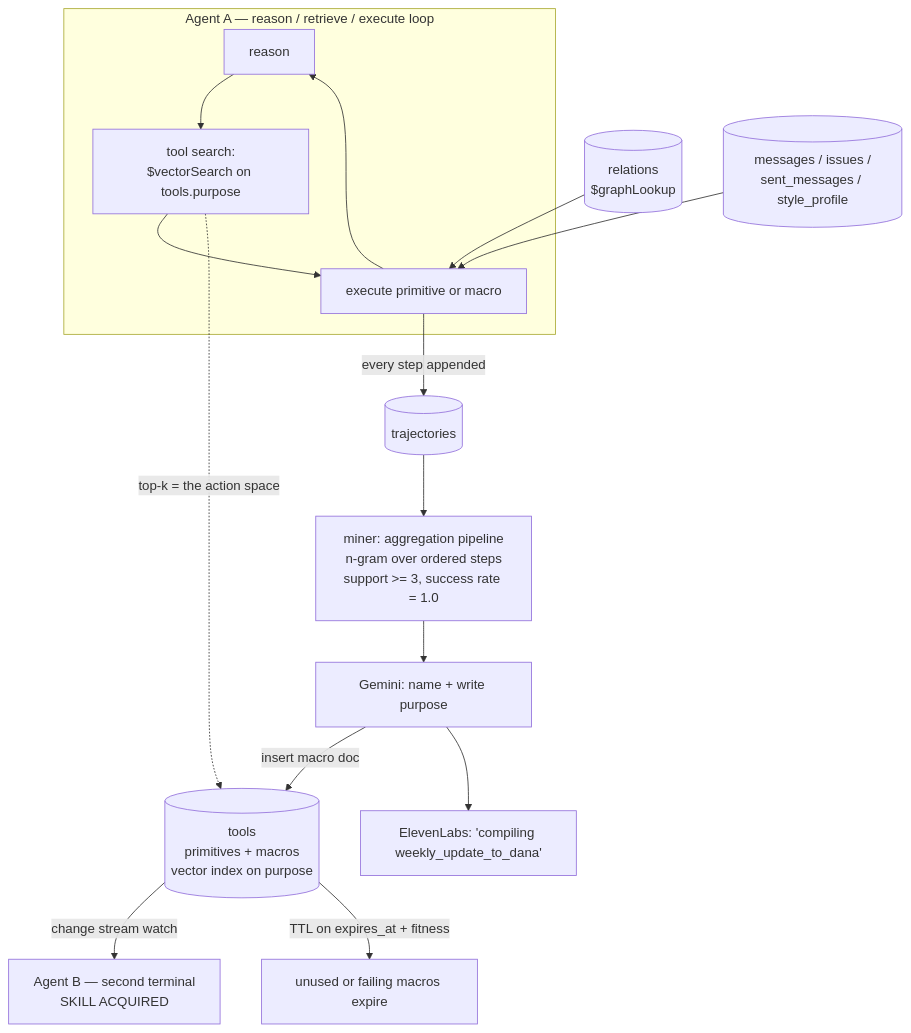
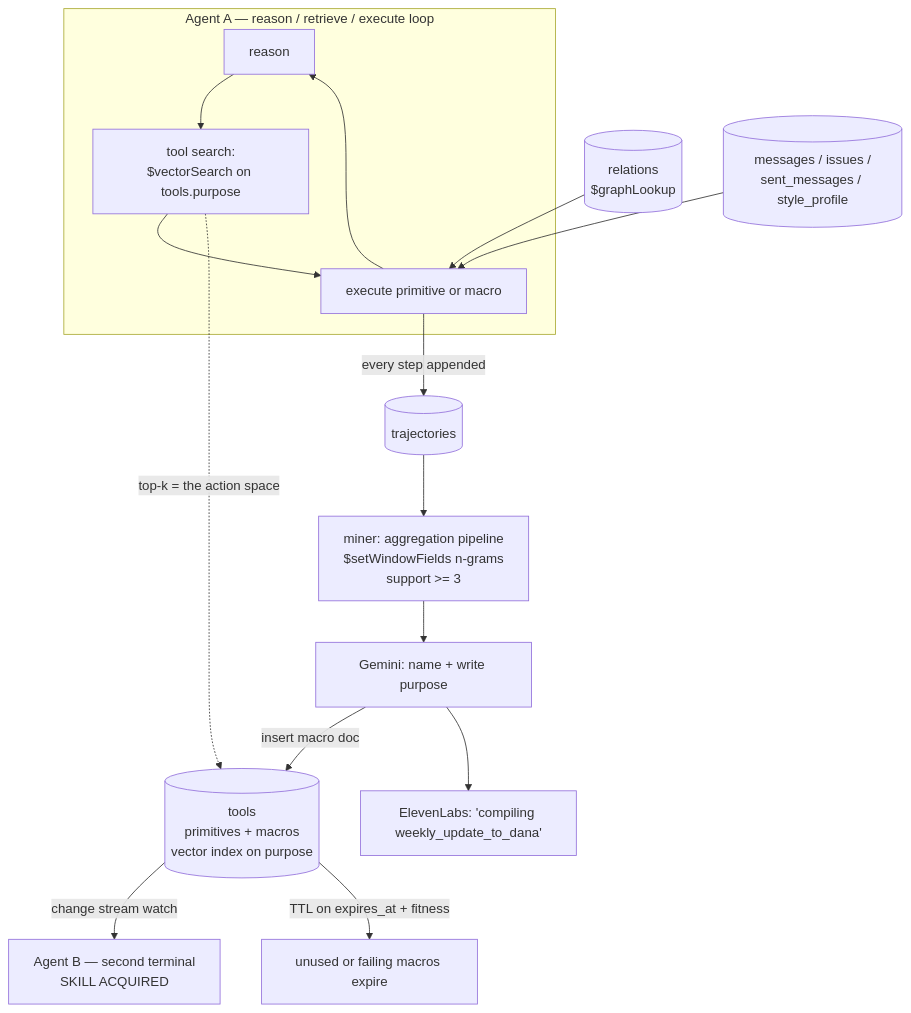
Before and after one commit to rohangandotra18/perpetual: the second of 2 diagrams in README.md, drawn with Mermaid. The commit also changed other lines of this file and 13 other files, not shown here.

````diff
--- a/README.md
+++ b/README.md
@@ -71,22 +71,22 @@
 ```mermaid
 flowchart TB
     subgraph Agent["Agent A — reason / retrieve / execute loop"]
         R[reason] --> TS["tool search:<br/>$vectorSearch on tools.purpose"]
         TS --> EX[execute primitive or macro]
         EX --> R
     end
 
     EX -->|every step appended| TR[("trajectories")]
     TS -.->|top-k = the action space| TOOLS[("tools<br/>primitives + macros<br/>vector index on purpose")]
 
-    TR --> MINER["miner: aggregation pipeline<br/>n-gram over ordered steps<br/>support >= 3, success rate = 1.0"]
+    TR --> MINER["miner: aggregation pipeline<br/>$setWindowFields n-grams<br/>support >= 3"]
     MINER --> NAME["Gemini: name + write purpose"]
     NAME -->|insert macro doc| TOOLS
     NAME --> VOICE["ElevenLabs: 'compiling weekly_update_to_dana'"]
 
     TOOLS -->|change stream watch| B["Agent B — second terminal<br/>SKILL ACQUIRED"]
 
     GRAPH[("relations<br/>$graphLookup")] --> EX
     CORPUS[("messages / issues /<br/>sent_messages / style_profile")] --> EX
     TOOLS -->|TTL on expires_at + fitness| DEATH["unused or failing macros expire"]
 ```
````
